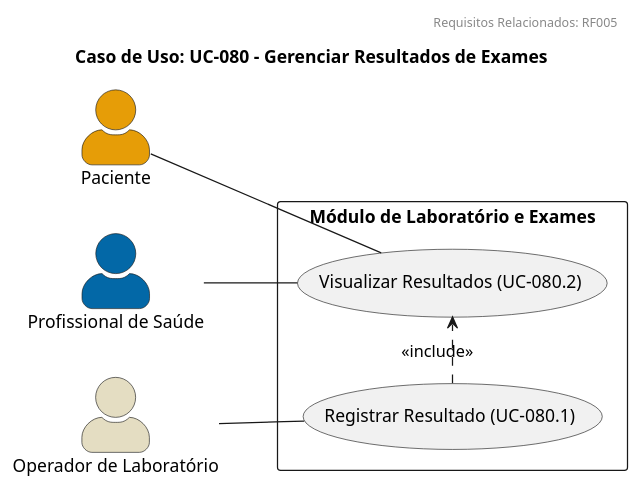
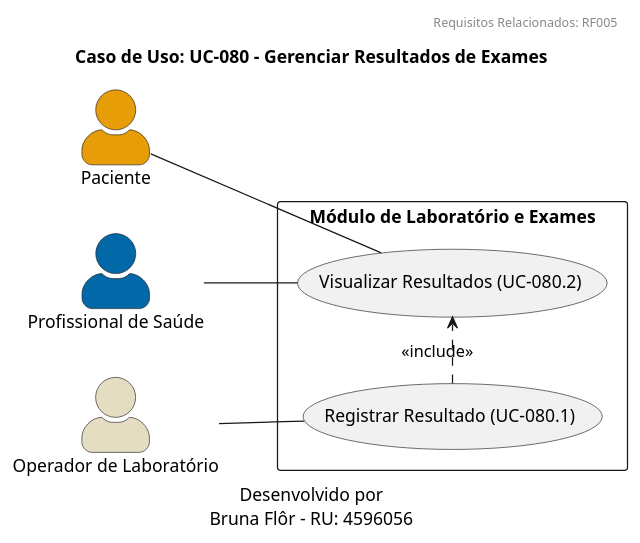
The diagram in docs/diagrams/use-case/UC-050-gerenciar-resultados.puml (bruflor/uninter-SGHSS-projeto-engenharia-de-software), drawn with PlantUML before and after one commit. The commit also changed 6 other files, not shown here.

Commit message:
diagrama de use case com caption

```diff
--- a/docs/diagrams/use-case/UC-050-gerenciar-resultados.puml
+++ b/docs/diagrams/use-case/UC-050-gerenciar-resultados.puml
@@ -1,27 +1,32 @@
 @startuml
 
 header
 Requisitos Relacionados: RF005
 end header
+
+caption
+Desenvolvido por
+Bruna Flôr - RU: 4596056
+end caption
 
 title Caso de Uso: UC-080 - Gerenciar Resultados de Exames
 
 left to right direction
 skinparam actorStyle awesome
 
 actor #E69D07 Paciente as Pac
 actor #0368A7 "Profissional de Saúde" as Prof
 actor #e4ddc2 "Operador de Laboratório" as Lab
 
 rectangle "Módulo de Laboratório e Exames" {
     usecase "Registrar Resultado (UC-080.1)" as UC_Reg
     usecase "Visualizar Resultados (UC-080.2)" as UC_Vis
 }
 
 Lab -- UC_Reg
 
 Pac -- UC_Vis
 Prof -- UC_Vis
 
 UC_Reg .> UC_Vis : <<include>>
 @enduml
```
